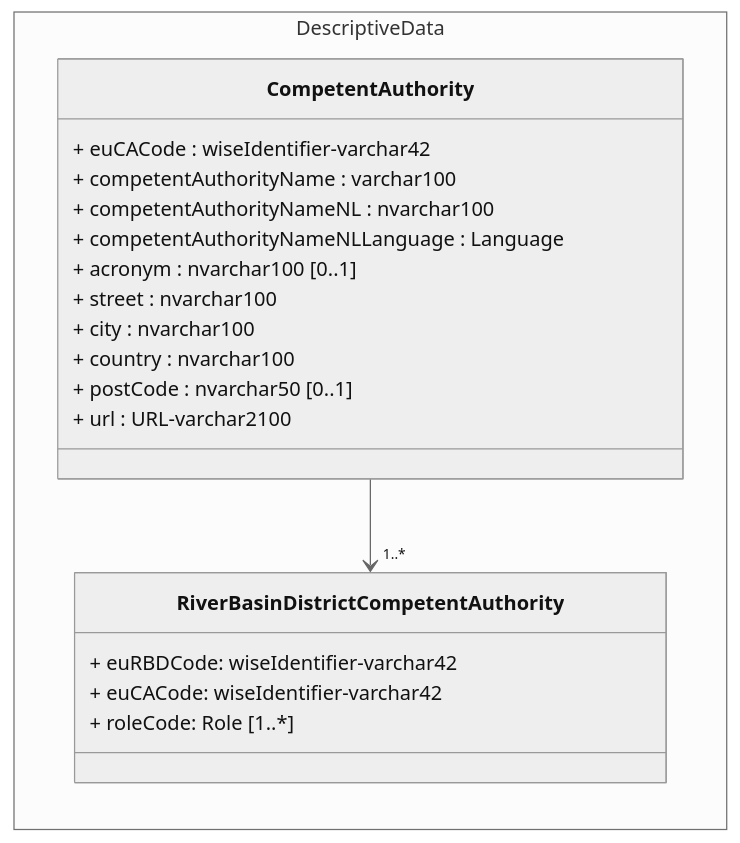
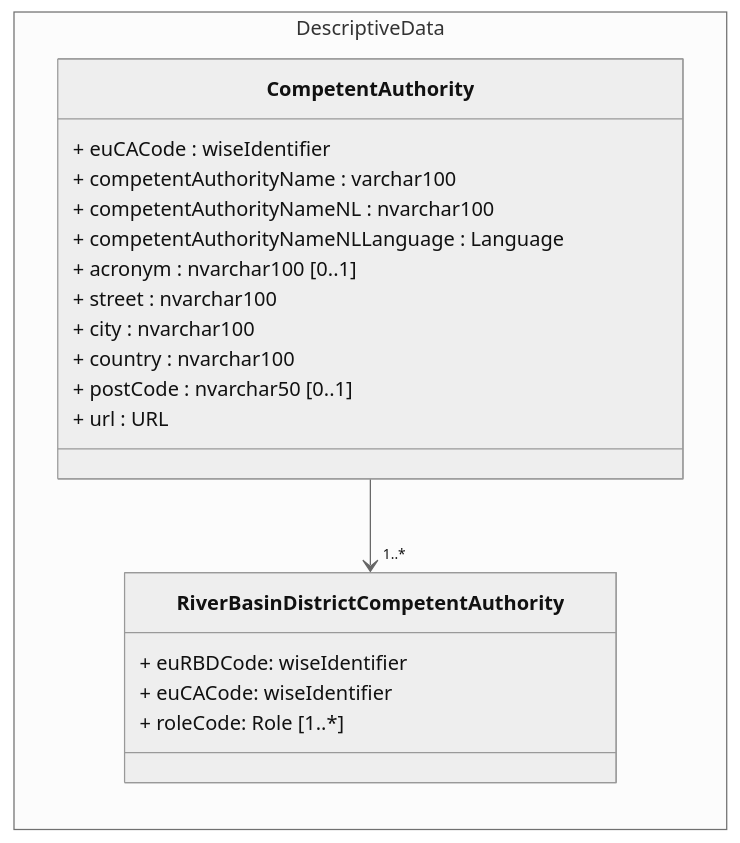
Before and after one commit to eeadata/WISE.WFD.Documentation: the diagram in docs/DataModelReview/mmd/RBDCA_4thCycle_Descriptive_ClassDiagram.mmd, drawn with Mermaid. The commit also changed 6 other files, not shown here.

Commit message:
RBD & CA - Corrections to layout of Mermaid diagrams.

```diff
--- a/docs/DataModelReview/mmd/RBDCA_4thCycle_Descriptive_ClassDiagram.mmd
+++ b/docs/DataModelReview/mmd/RBDCA_4thCycle_Descriptive_ClassDiagram.mmd
@@ -1,23 +1,29 @@
-%%{init: {'theme': 'neutral'}}%%
+---
+config:
+  class:
+    hideEmptyMembersBox: true
+  layout: dagre
+  theme: neutral
+---
 classDiagram
 direction LR
 namespace DescriptiveData {
 class CompetentAuthority {
-+ euCACode : wiseIdentifier-varchar42
++ euCACode : wiseIdentifier
 + competentAuthorityName : varchar100
 + competentAuthorityNameNL : nvarchar100
 + competentAuthorityNameNLLanguage : Language
 + acronym : nvarchar100 [0..1]
 + street : nvarchar100
 + city : nvarchar100
 + country : nvarchar100
 + postCode : nvarchar50 [0..1]
-+ url : URL-varchar2100
++ url : URL
 }
 class RiverBasinDistrictCompetentAuthority {
-+ euRBDCode: wiseIdentifier-varchar42
-+ euCACode: wiseIdentifier-varchar42
++ euRBDCode: wiseIdentifier
++ euCACode: wiseIdentifier
 + roleCode: Role [1..*]
 }
 }
 CompetentAuthority --> "1..*" RiverBasinDistrictCompetentAuthority
```
